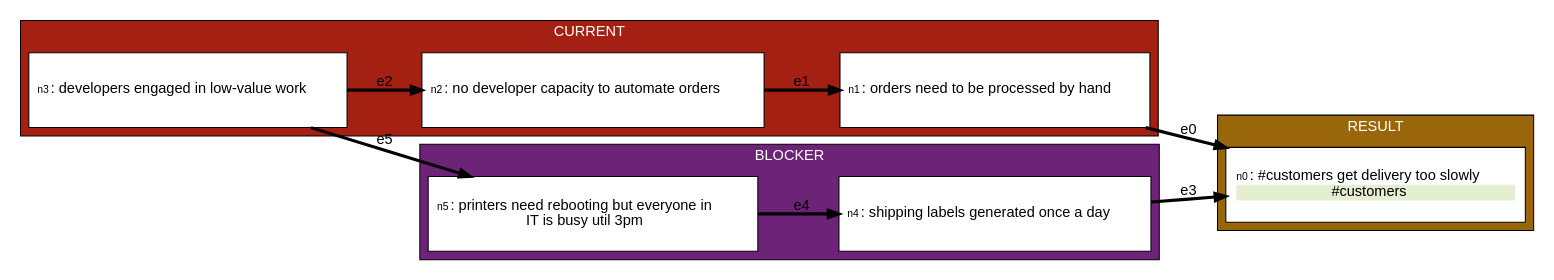
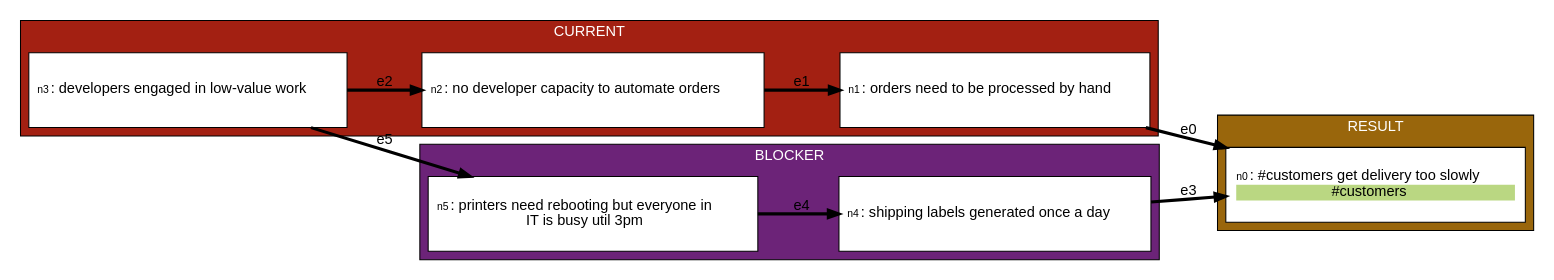
One commit to stevecooperorg/microdot changed the diagram in examples/business_example_1.dot. Above: the diagram before and after it, drawn with Graphviz. The commit also changed 9 other files, not shown here.

```diff
--- a/examples/business_example_1.dot
+++ b/examples/business_example_1.dot
@@ -1,78 +1,78 @@
 digraph {
 
     graph [fontname = "helvetica" rankdir="LR" ranksep=0.75 nodesep=0.5];
     node [fontname = "helvetica" shape = "box" width=4 style=filled];
     edge [fontname = "helvetica" penwidth=3 color="#000000"];
 
   subgraph cluster_BLOCKER {
   label="BLOCKER"
   bgcolor="#6C2378"
   fontcolor="#FFFFFF"
     n4 [width=4 height=1 label=< <TABLE BORDER="0" CELLPADDING="0" CELLSPACING="0">
     <TR>
         <TD COLSPAN="1"><FONT POINT-SIZE="10">n4</FONT>: shipping labels generated once a day</TD>
     </TR>
     
    </TABLE>
 > fillcolor="#FFFFFF"]
     n5 [width=4 height=1 label=< <TABLE BORDER="0" CELLPADDING="0" CELLSPACING="0">
     <TR>
         <TD COLSPAN="1"><FONT POINT-SIZE="10">n5</FONT>: printers need rebooting but everyone in<br/>IT is busy util 3pm</TD>
     </TR>
     
    </TABLE>
 > fillcolor="#FFFFFF"]
   }
   subgraph cluster_CURRENT {
   label="CURRENT"
   bgcolor="#A32012"
   fontcolor="#FFFFFF"
     n1 [width=4 height=1 label=< <TABLE BORDER="0" CELLPADDING="0" CELLSPACING="0">
     <TR>
         <TD COLSPAN="1"><FONT POINT-SIZE="10">n1</FONT>: orders need to be processed by hand</TD>
     </TR>
     
    </TABLE>
 > fillcolor="#FFFFFF"]
     n2 [width=4 height=1 label=< <TABLE BORDER="0" CELLPADDING="0" CELLSPACING="0">
     <TR>
         <TD COLSPAN="1"><FONT POINT-SIZE="10">n2</FONT>: no developer capacity to automate orders</TD>
     </TR>
     
    </TABLE>
 > fillcolor="#FFFFFF"]
     n3 [width=4 height=1 label=< <TABLE BORDER="0" CELLPADDING="0" CELLSPACING="0">
     <TR>
         <TD COLSPAN="1"><FONT POINT-SIZE="10">n3</FONT>: developers engaged in low-value work</TD>
     </TR>
     
    </TABLE>
 > fillcolor="#FFFFFF"]
   }
   subgraph cluster_RESULT {
   label="RESULT"
   bgcolor="#99660C"
   fontcolor="#FFFFFF"
     n0 [width=4 height=1 label=< <TABLE BORDER="0" CELLPADDING="0" CELLSPACING="0">
     <TR>
         <TD COLSPAN="1"><FONT POINT-SIZE="10">n0</FONT>: #customers get delivery too slowly</TD>
     </TR>
     
         
            <TR>
-<TD BGCOLOR="#E4EFCF">#customers</TD>
+<TD BGCOLOR="#BAD782">#customers</TD>
 </TR>
         
     
    </TABLE>
 > fillcolor="#FFFFFF"]
   }
 
     "n1" -> "n0" [label="e0"];
     "n2" -> "n1" [label="e1"];
     "n3" -> "n2" [label="e2"];
     "n4" -> "n0" [label="e3"];
     "n5" -> "n4" [label="e4"];
     "n3" -> "n5" [label="e5"];
 
 }
```
